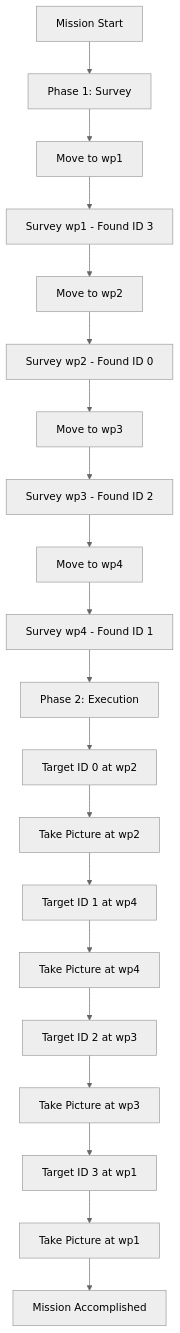
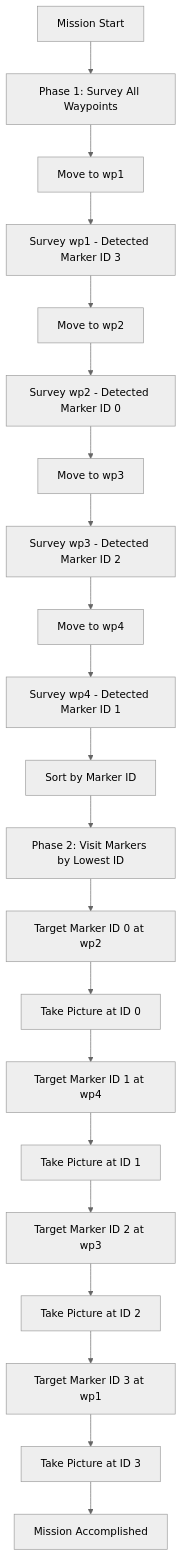
One commit to mohamedeyaad/ros2-plansys2-aruco-explorer changed the diagram in README.md. Above: the diagram before and after it, drawn with Mermaid (neutral theme). The commit also changed other lines of this file, not shown here.

Commit message:
docs: update README.md to enhance mission overview and clarify marker detection process

````diff
--- a/README.md
+++ b/README.md
@@ -207,22 +242,23 @@
 ```mermaid
 graph TD
-    A[Mission Start] --> B[Phase 1: Survey]
-    B --> C[Move to wp1]
-    C --> D[Survey wp1 - Found ID 3]
-    D --> E[Move to wp2]
-    E --> F[Survey wp2 - Found ID 0]
-    F --> G[Move to wp3]
-    G --> H[Survey wp3 - Found ID 2]
-    H --> I[Move to wp4]
-    I --> J[Survey wp4 - Found ID 1]
-    J --> K[Phase 2: Execution]
-    K --> L[Target ID 0 at wp2]
-    L --> M[Take Picture at wp2]
-    M --> N[Target ID 1 at wp4]
-    N --> O[Take Picture at wp4]
-    O --> P[Target ID 2 at wp3]
-    P --> Q[Take Picture at wp3]
-    Q --> R[Target ID 3 at wp1]
-    R --> S[Take Picture at wp1]
-    S --> T[Mission Accomplished]
+    A[Mission Start] --> B["Phase 1: Survey All Waypoints"]
+    B --> C["Move to wp1"]
+    C --> D["Survey wp1 - Detected Marker ID 3"]
+    D --> E["Move to wp2"]
+    E --> F["Survey wp2 - Detected Marker ID 0"]
+    F --> G["Move to wp3"]
+    G --> H["Survey wp3 - Detected Marker ID 2"]
+    H --> I["Move to wp4"]
+    I --> J["Survey wp4 - Detected Marker ID 1"]
+    J --> K["Sort by Marker ID"]
+    K --> L["Phase 2: Visit Markers by Lowest ID"]
+    L --> M["Target Marker ID 0 at wp2"]
+    M --> N["Take Picture at ID 0"]
+    N --> O["Target Marker ID 1 at wp4"]
+    O --> P["Take Picture at ID 1"]
+    P --> Q["Target Marker ID 2 at wp3"]
+    Q --> R["Take Picture at ID 2"]
+    R --> S["Target Marker ID 3 at wp1"]
+    S --> T["Take Picture at ID 3"]
+    T --> U["Mission Accomplished"]
 ```
````
